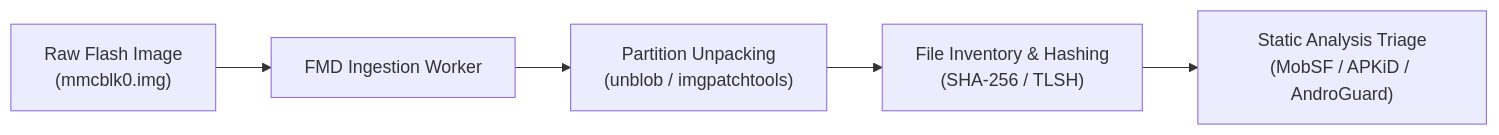
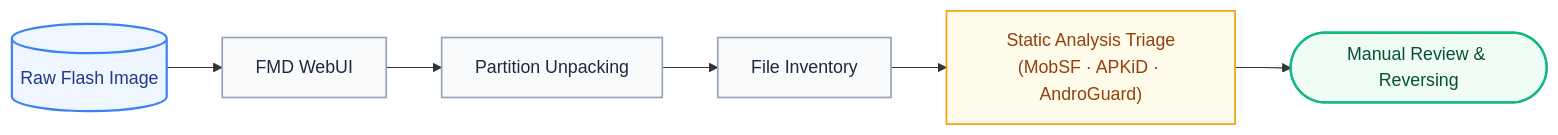
The diagram in case-studies/android-tv-boxes.md (FirmwareDroid/firmwaredroid.github.io), drawn with Mermaid before and after one commit. The commit also changed other lines of this file, not shown here.

Commit message:
Update article

````diff
--- a/case-studies/android-tv-boxes.md
+++ b/case-studies/android-tv-boxes.md
@@ -165,7 +165,18 @@
 ```mermaid
 flowchart LR
-    A["Raw Flash Image<br>(mmcblk0.img)"] --> B["FMD Ingestion Worker"]
-    B --> C["Partition Unpacking<br>(unblob / imgpatchtools)"]
-    C --> D["File Inventory & Hashing<br>(SHA-256 / TLSH)"]
-    D --> E["Static Analysis Triage<br>(MobSF / APKiD / AndroGuard)"]
+    A[("Raw Flash Image")]
+    B["FMD WebUI"]
+    C["Partition Unpacking"]
+    D["File Inventory"]
+    E["Static Analysis Triage<br/>(MobSF · APKiD · AndroGuard)"]
+    F(["Manual Review & Reversing"])
+
+    A --> B --> C --> D --> E --> F
+
+    style A fill:#eff6ff,stroke:#3b82f6,stroke-width:2px,color:#1e3a8a
+    style B fill:#f8fafc,stroke:#94a3b8,stroke-width:1.5px,color:#1e293b
+    style C fill:#f8fafc,stroke:#94a3b8,stroke-width:1.5px,color:#1e293b
+    style D fill:#f8fafc,stroke:#94a3b8,stroke-width:1.5px,color:#1e293b
+    style E fill:#fffbeb,stroke:#f59e0b,stroke-width:1.5px,color:#92400e
+    style F fill:#f0fdf4,stroke:#10b981,stroke-width:2px,color:#064e3b
 ```
````
